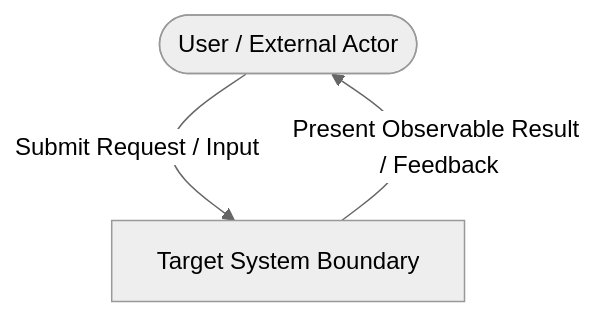
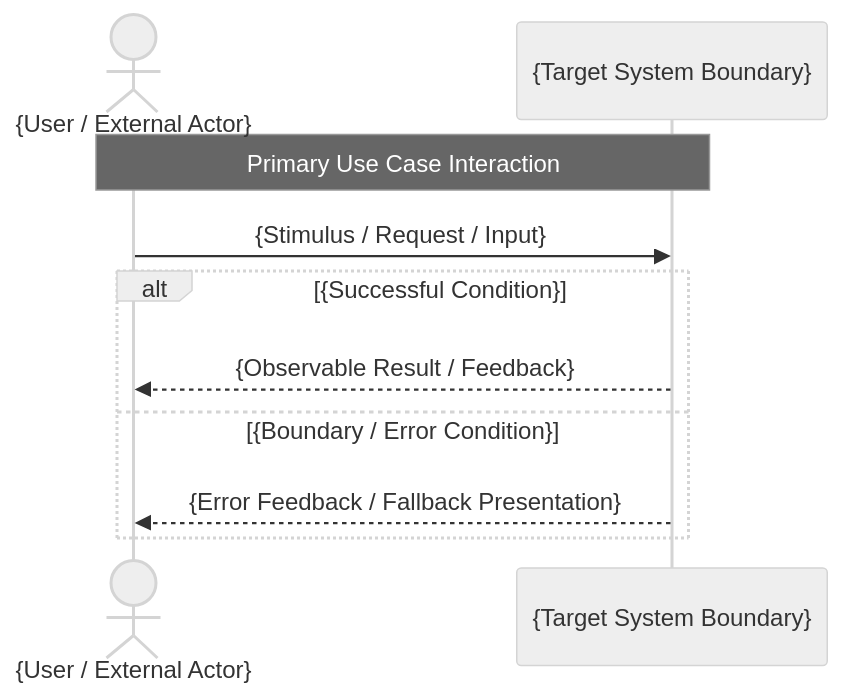
The diagram in plugins/swe-workflow/skills/planning-and-designing/references/requirements-template.md (green-tea-stalk/swe-agent-skills), drawn with Mermaid (neutral theme) before and after one commit. The commit also changed other lines of this file and 3 other files, not shown here.

````diff
--- a/plugins/swe-workflow/skills/planning-and-designing/references/requirements-template.md
+++ b/plugins/swe-workflow/skills/planning-and-designing/references/requirements-template.md
@@ -63,6 +68,13 @@
 ```mermaid
-graph TD
-    %% Insert Mermaid diagram depicting external actors interacting with the system boundary
-    User([User / External Actor]) -->|Submit Request / Input| System[Target System Boundary]
-    System -->|Present Observable Result / Feedback| User
+sequenceDiagram
+    actor User as {User / External Actor}
+    participant System as {Target System Boundary}
+
+    Note over User,System: Primary Use Case Interaction
+    User->>System: {Stimulus / Request / Input}
+    alt {Successful Condition}
+        System-->>User: {Observable Result / Feedback}
+    else {Boundary / Error Condition}
+        System-->>User: {Error Feedback / Fallback Presentation}
+    end
 ```
````
